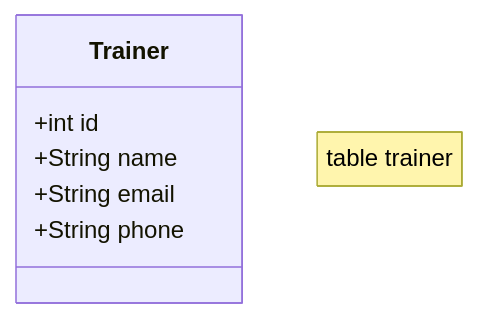
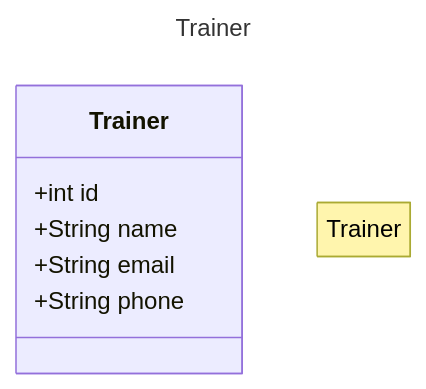
Before and after one commit to aahWeb/SYMFONY: the second of 2 diagrams in chap2_model.md, drawn with Mermaid.

Commit message:
chap2 bug mermaid

````diff
--- a/chap2_model.md
+++ b/chap2_model.md
@@ -61,8 +61,12 @@
 ```mermaid
+---
+title: Trainer
+---
 classDiagram
-    note "table trainer"
+    note "Trainer"
     Trainer : +int id
     Trainer : +String name
     Trainer : +String email
     Trainer : +String phone
+    
 ```
````
